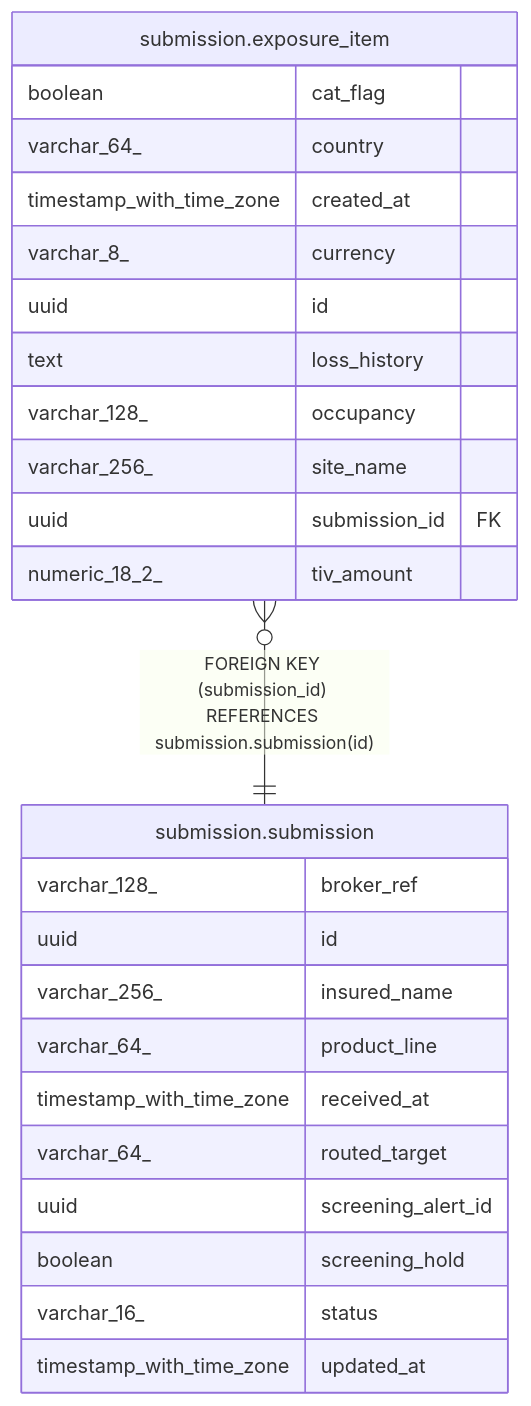
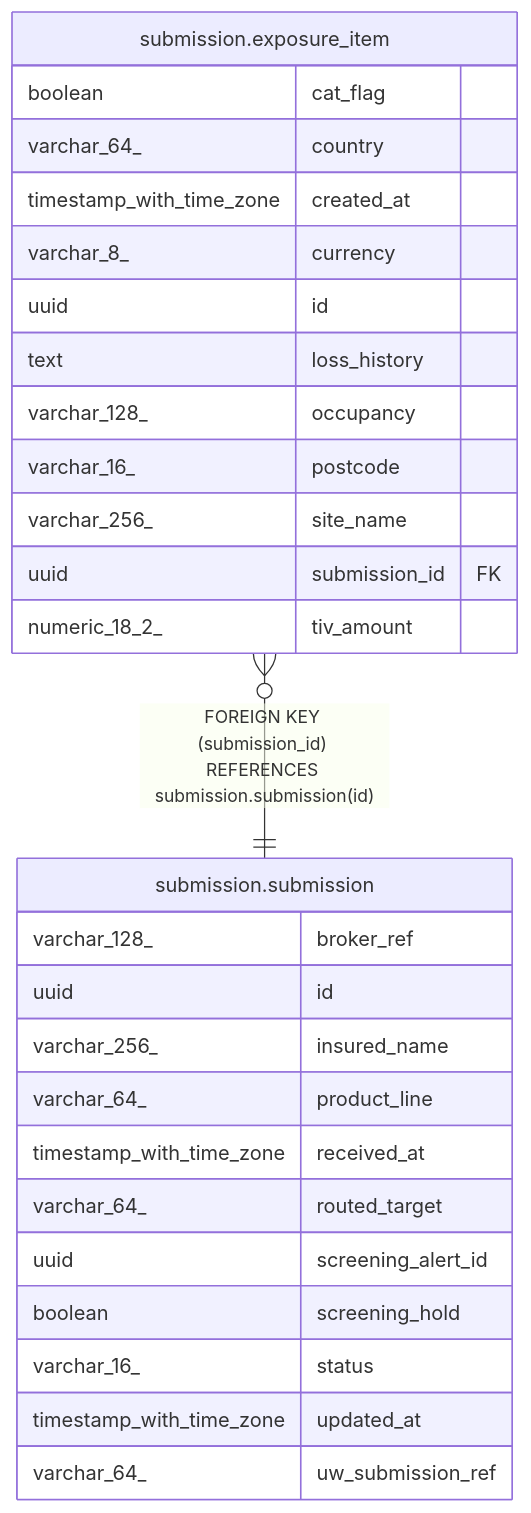
One commit to andrelair-platform/ktayl-core changed the diagram in docs/data-model/submission.exposure_item.md. Above: the diagram before and after it, drawn with Mermaid. The commit also changed other lines of this file and 25 other files, not shown here.

````diff
--- a/docs/data-model/submission.exposure_item.md
+++ b/docs/data-model/submission.exposure_item.md
@@ -34,30 +35,32 @@
 ```mermaid
 erDiagram
 
 "submission.exposure_item" }o--|| "submission.submission" : "FOREIGN KEY (submission_id) REFERENCES submission.submission(id)"
 
 "submission.exposure_item" {
   boolean cat_flag
   varchar_64_ country
   timestamp_with_time_zone created_at
   varchar_8_ currency
   uuid id
   text loss_history
   varchar_128_ occupancy
+  varchar_16_ postcode
   varchar_256_ site_name
   uuid submission_id FK
   numeric_18_2_ tiv_amount
 }
 "submission.submission" {
   varchar_128_ broker_ref
   uuid id
   varchar_256_ insured_name
   varchar_64_ product_line
   timestamp_with_time_zone received_at
   varchar_64_ routed_target
   uuid screening_alert_id
   boolean screening_hold
   varchar_16_ status
   timestamp_with_time_zone updated_at
+  varchar_64_ uw_submission_ref
 }
 ```
````
